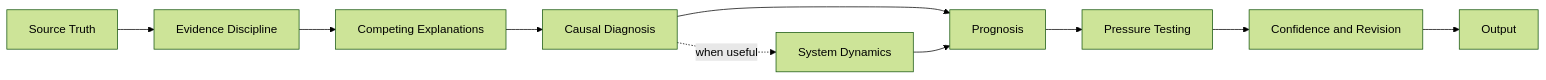
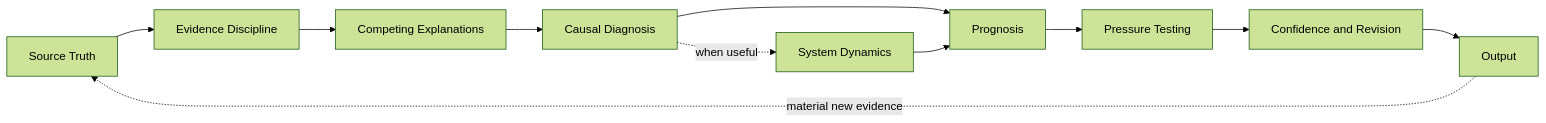
Before and after one commit to sschoenfeld-scotty/gtm-ai-reasoning-systems: the diagram in architecture/full-stack-v4-public-architecture.md, drawn with Mermaid (forest theme). The commit also changed other lines of this file, not shown here.

Commit message:
Document recursive evidence re-entry in Full Stack v4

````diff
--- a/architecture/full-stack-v4-public-architecture.md
+++ b/architecture/full-stack-v4-public-architecture.md
@@ -22,12 +22,13 @@
 ```mermaid
 flowchart LR
     A[Source Truth] --> B[Evidence Discipline]
     B --> C[Competing Explanations]
     C --> D[Causal Diagnosis]
     D --> E[Prognosis]
     D -. when useful .-> SD[System Dynamics]
     SD --> E
     E --> F[Pressure Testing]
     F --> G[Confidence and Revision]
     G --> H[Output]
+    H -. material new evidence .-> A
 ```
````
